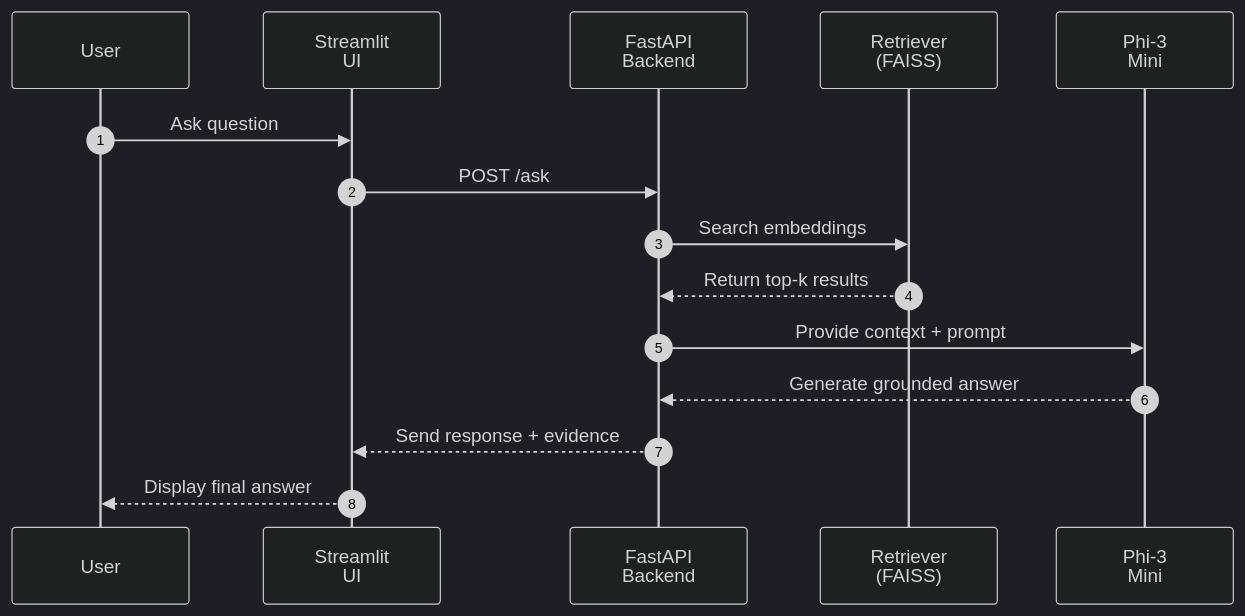
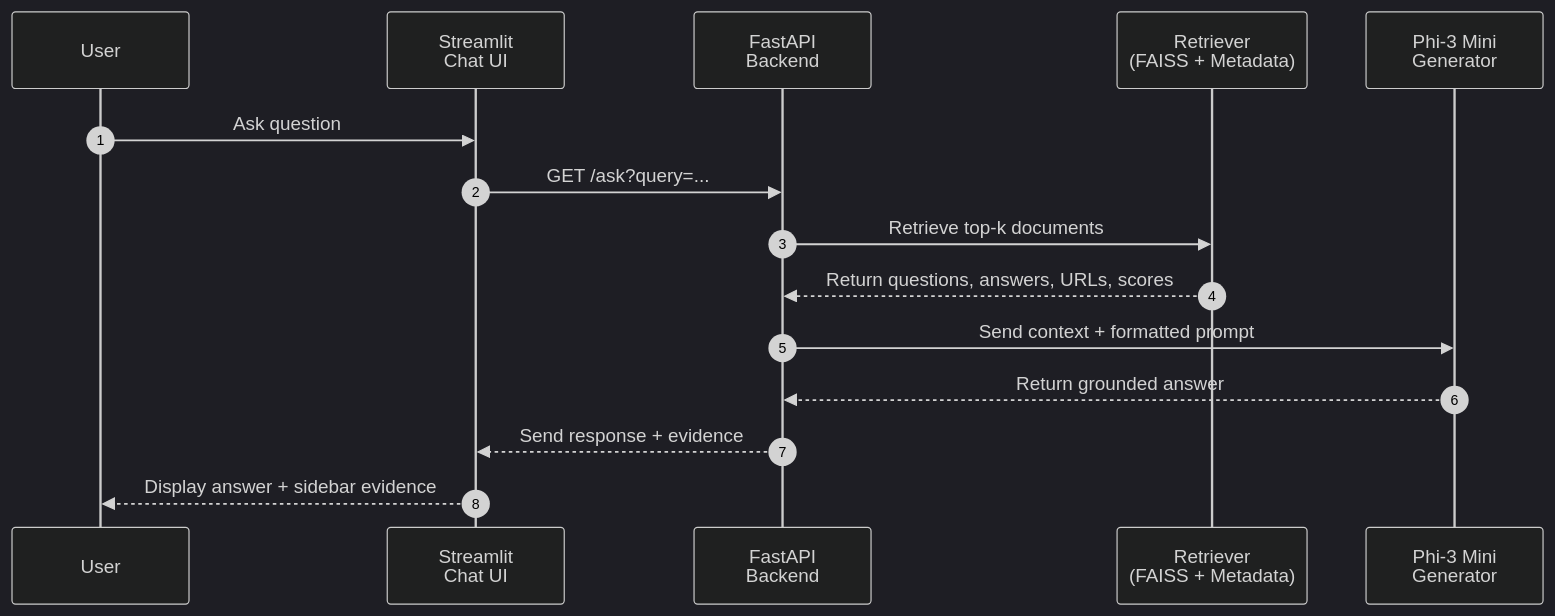
The third of 3 diagrams in README.md (JDede1/rag-project), drawn with Mermaid (dark theme) before and after one commit. The commit also changed other lines of this file, not shown here.

````diff
--- a/README.md
+++ b/README.md
@@ -92,18 +288,18 @@
 ```mermaid
 sequenceDiagram
     autonumber
     participant U as User
-    participant UI as Streamlit<br/>UI
+    participant UI as Streamlit<br/>Chat UI
     participant API as FastAPI<br/>Backend
-    participant RET as Retriever<br/>(FAISS)
-    participant GEN as Phi-3<br/>Mini
+    participant RET as Retriever<br/>(FAISS + Metadata)
+    participant GEN as Phi-3 Mini<br/>Generator
 
     U->>UI: Ask question
-    UI->>API: POST /ask
-    API->>RET: Search embeddings
-    RET-->>API: Return top-k results
-    API->>GEN: Provide context + prompt
-    GEN-->>API: Generate grounded answer
+    UI->>API: GET /ask?query=...
+    API->>RET: Retrieve top-k documents
+    RET-->>API: Return questions, answers, URLs, scores
+    API->>GEN: Send context + formatted prompt
+    GEN-->>API: Return grounded answer
     API-->>UI: Send response + evidence
-    UI-->>U: Display final answer
+    UI-->>U: Display answer + sidebar evidence
 ```
````
